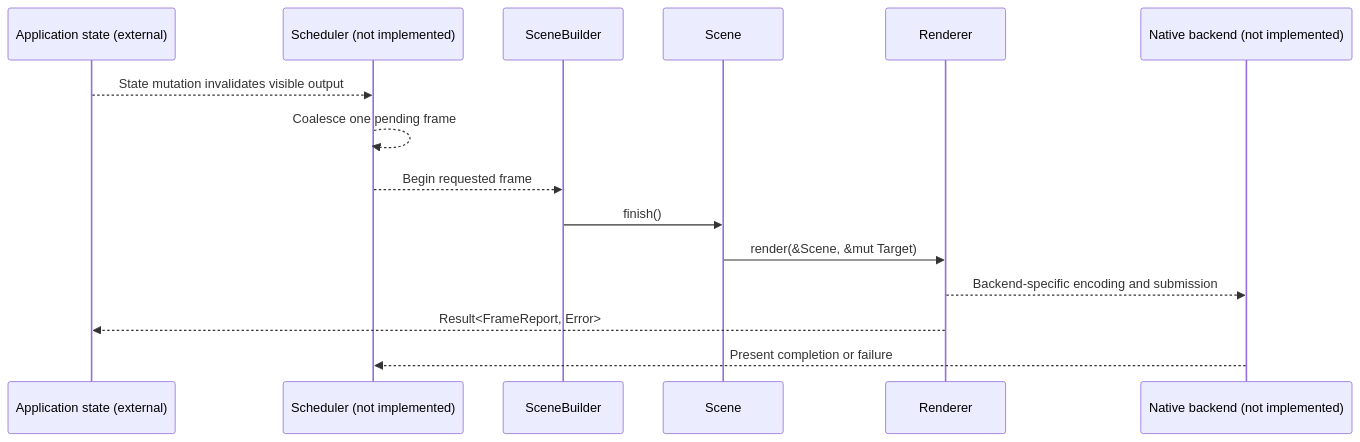
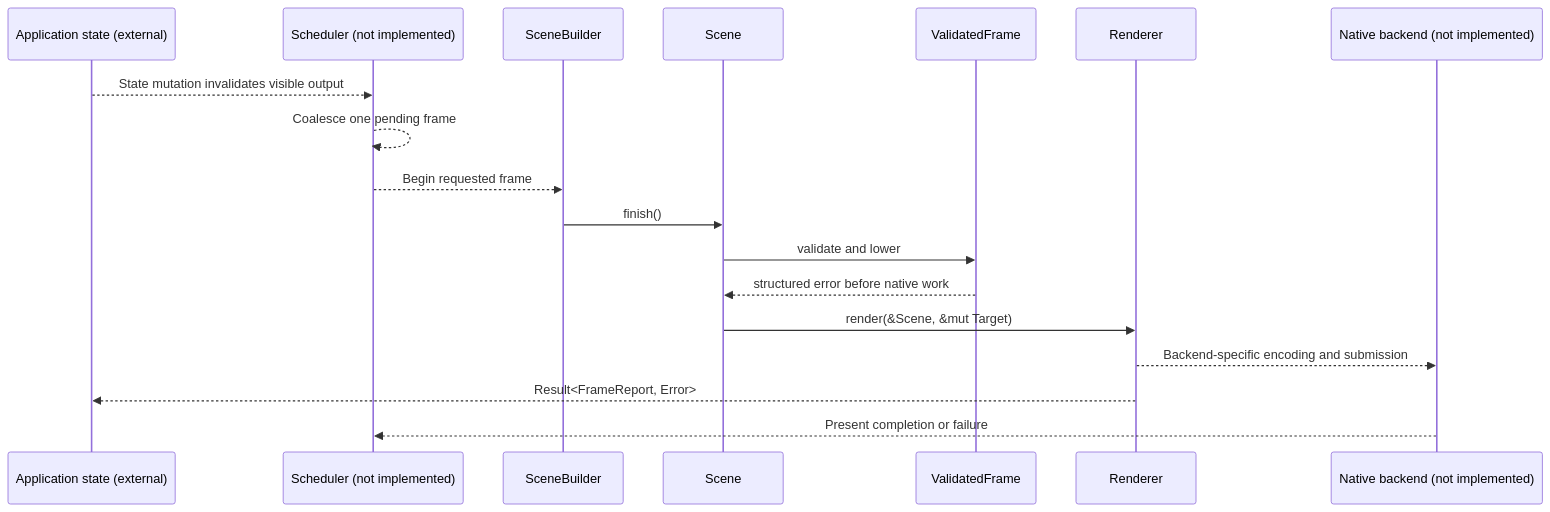
Before and after one commit to dbuddha/alpine-gpui: the third of 7 diagrams in ARCHITECTURE.md, drawn with Mermaid. The commit also changed other lines of this file and 16 other files, not shown here.

First line of the commit message:
feat(metal): validate deterministic offscreen frame plans (#54)

````diff
--- a/ARCHITECTURE.md
+++ b/ARCHITECTURE.md
@@ -83,18 +102,21 @@
 ```mermaid
 sequenceDiagram
     participant App as Application state (external)
     participant Scheduler as Scheduler (not implemented)
     participant Builder as SceneBuilder
     participant Scene
+    participant Plan as ValidatedFrame
     participant Renderer
     participant Backend as Native backend (not implemented)
 
     App-->>Scheduler: State mutation invalidates visible output
     Scheduler-->>Scheduler: Coalesce one pending frame
     Scheduler-->>Builder: Begin requested frame
     Builder->>Scene: finish()
+    Scene->>Plan: validate and lower
+    Plan-->>Scene: structured error before native work
     Scene->>Renderer: render(&Scene, &mut Target)
     Renderer-->>Backend: Backend-specific encoding and submission
     Renderer-->>App: Result<FrameReport, Error>
     Backend-->>Scheduler: Present completion or failure
 ```
````
